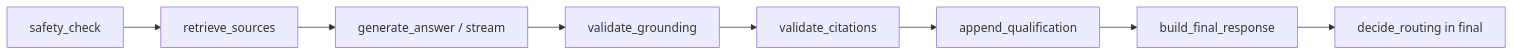
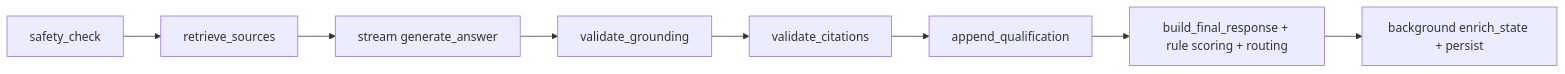
The third of 4 diagrams in README.md (pranaya-mathur/help-assistant), drawn with Mermaid before and after one commit. The commit also changed other lines of this file, not shown here.

````diff
--- a/README.md
+++ b/README.md
@@ -369,12 +412,12 @@
 ```mermaid
 flowchart LR
   A[safety_check]
   B[retrieve_sources]
-  C[generate_answer / stream]
+  C[stream generate_answer]
   D[validate_grounding]
   E[validate_citations]
   F[append_qualification]
-  G[build_final_response]
-  H[decide_routing in final]
+  G[build_final_response + rule scoring + routing]
+  H[background enrich_state + persist]
   A --> B --> C --> D --> E --> F --> G --> H
 ```
````
